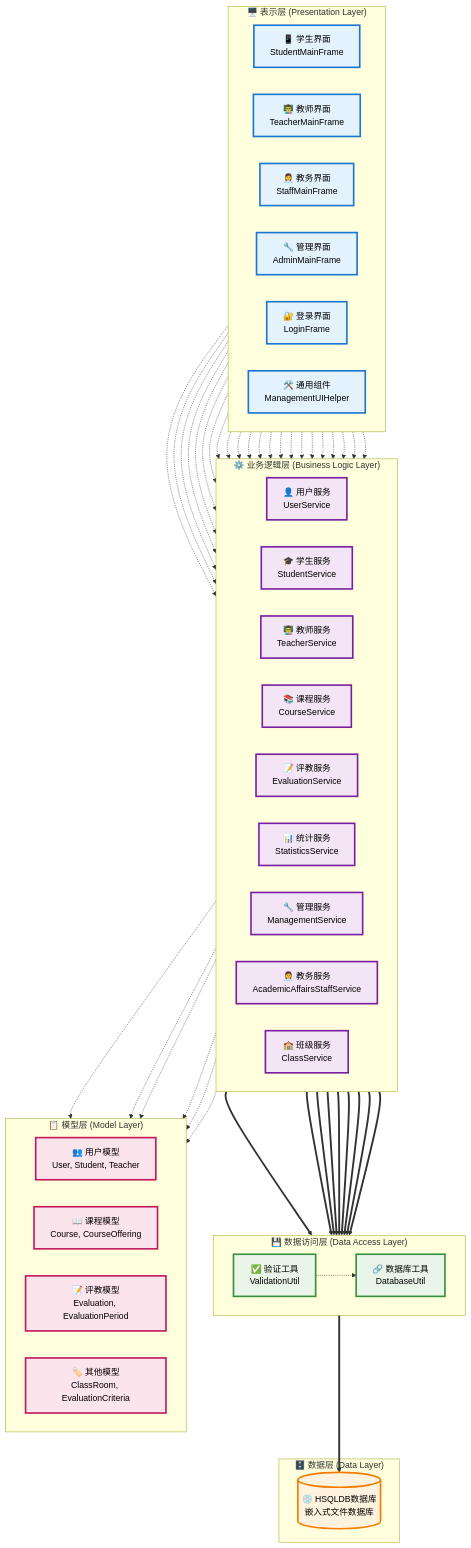
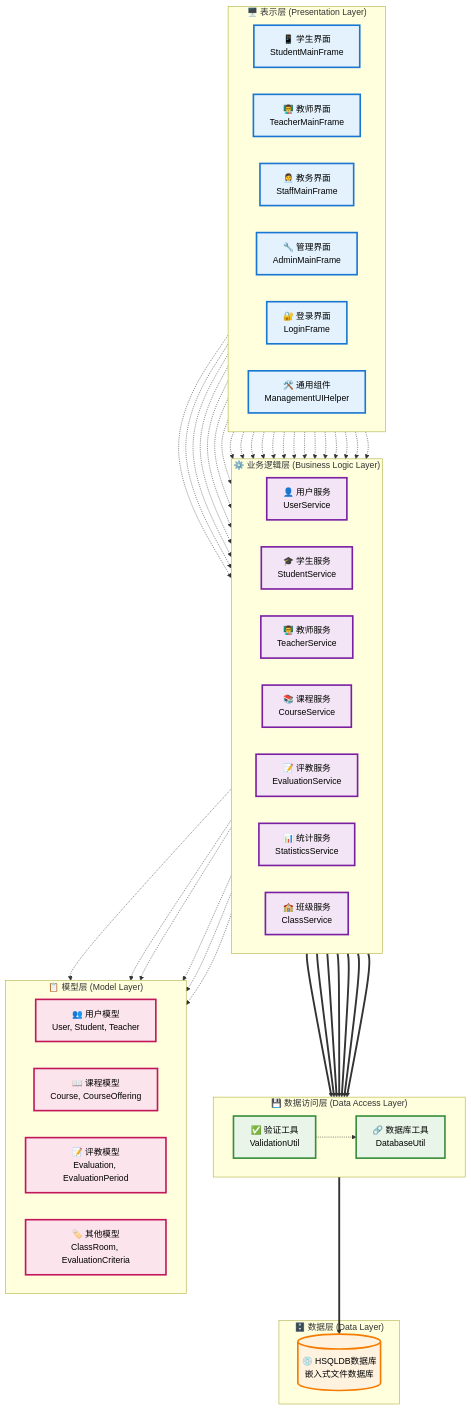
One commit to ViojinL/studentEvaluationManagement changed the first of 8 diagrams in docx/04-系统架构设计.md. Above: the diagram before and after it, drawn with Mermaid. The commit also changed other lines of this file and 38 other files, not shown here.

````diff
--- a/docx/04-系统架构设计.md
+++ b/docx/04-系统架构设计.md
@@ -34,9 +34,7 @@
         BL4["📚 课程服务<br/>CourseService"]
         BL5["📝 评教服务<br/>EvaluationService"]
         BL6["📊 统计服务<br/>StatisticsService"]
-        BL7["🔧 管理服务<br/>ManagementService"]
-        BL8["👩‍💼 教务服务<br/>AcademicAffairsStaffService"]
-        BL9["🏫 班级服务<br/>ClassService"]
+        BL7["🏫 班级服务<br/>ClassService"]
     end
 
     subgraph "💾 数据访问层 (Data Access Layer)"
@@ -70,9 +68,9 @@
     UI2 -.-> BL6
 
     UI3 -.-> BL1
-    UI3 -.-> BL7
-    UI3 -.-> BL8
-    UI6 -.-> BL7
+    UI3 -.-> BL4
+    UI3 -.-> BL5
+    UI3 -.-> BL6
 
     UI4 -.-> BL1
     UI4 -.-> BL2
@@ -81,7 +79,6 @@
     UI4 -.-> BL5
     UI4 -.-> BL6
     UI4 -.-> BL7
-    UI4 -.-> BL9
 
     UI5 -.-> BL1
 
@@ -93,8 +90,6 @@
     BL5 ==> DA1
     BL6 ==> DA1
     BL7 ==> DA1
-    BL8 ==> DA1
-    BL9 ==> DA1
 
     %% 数据访问层到数据库
     DA1 ==> DB
@@ -108,7 +103,7 @@
     classDef modelLayer fill:#fce4ec,stroke:#c2185b,stroke-width:3px,color:#000
 
     class UI1,UI2,UI3,UI4,UI5,UI6 uiLayer
-    class BL1,BL2,BL3,BL4,BL5,BL6,BL7,BL8,BL9 serviceLayer
+    class BL1,BL2,BL3,BL4,BL5,BL6,BL7 serviceLayer
     class DA1,DA2 dataLayer
     class DB dbLayer
     class M1,M2,M3,M4 modelLayer
@@ -118,5 +113,5 @@
     BL3 -.-> M1
     BL4 -.-> M2
     BL5 -.-> M3
-    BL9 -.-> M4
+    BL7 -.-> M4
 ```
````
